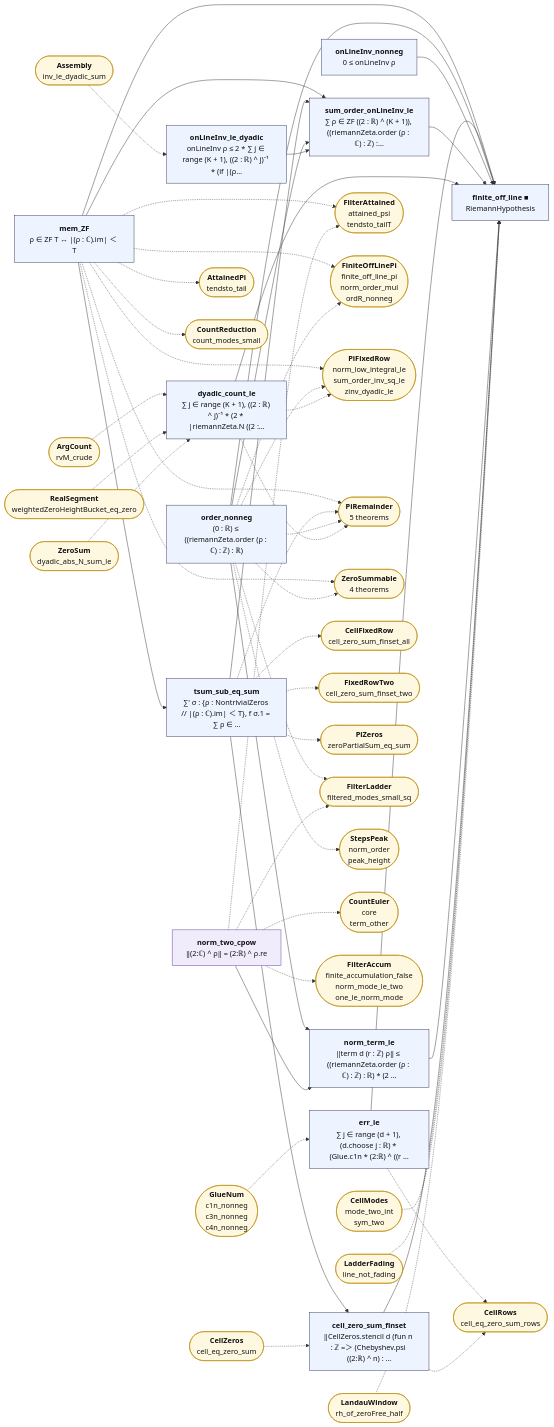
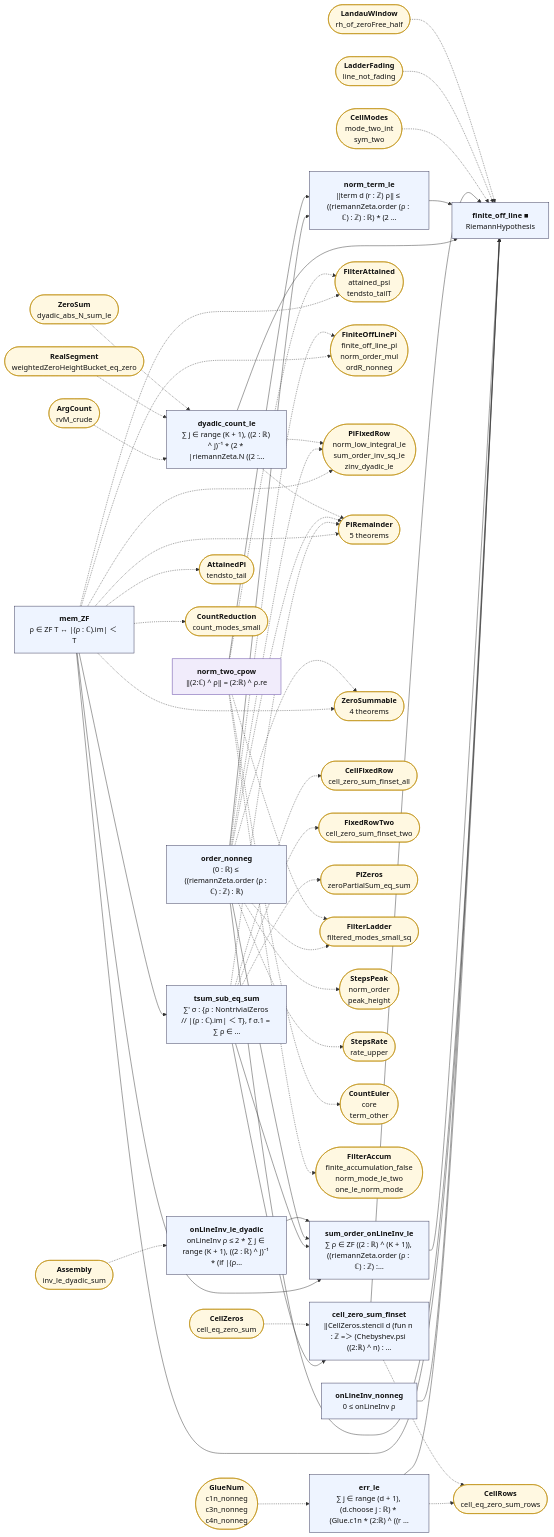
Before and after one commit to juliansambranojr/Primebeat_081426: the diagram in map/lean_stage3/FiniteOffLine.mmd, drawn with Mermaid. The commit also changed 28 other files, not shown here.

First line of the commit message:
Block R8: the size rate of the turned steps, from above (unit 0487)

```diff
--- a/map/lean_stage3/FiniteOffLine.mmd
+++ b/map/lean_stage3/FiniteOffLine.mmd
@@ -1,95 +1,97 @@
 flowchart LR
   n0["<b>mem_ZF</b><br/>ρ ∈ ZF T ↔ |(ρ : ℂ).im| ＜ T"]:::thm
   n1["<b>tsum_sub_eq_sum</b><br/>∑' σ : {ρ : NontrivialZeros // |(ρ : ℂ).im| ＜ T}, f σ.1 = ∑ ρ ∈ …"]:::thm
   n2["<b>order_nonneg</b><br/>(0 : ℝ) ≤ ((riemannZeta.order (ρ : ℂ) : ℤ) : ℝ)"]:::thm
   n3["<b>onLineInv_nonneg</b><br/>0 ≤ onLineInv ρ"]:::thm
   n4["<b>onLineInv_le_dyadic</b><br/>onLineInv ρ ≤ 2 * ∑ j ∈ range (K + 1), ((2 : ℝ) ^ j)⁻¹ * (if |(ρ…"]:::thm
   n5["<b>sum_order_onLineInv_le</b><br/>∑ ρ ∈ ZF ((2 : ℝ) ^ (K + 1)), ((riemannZeta.order (ρ : ℂ) : ℤ) :…"]:::thm
   n6["<b>dyadic_count_le</b><br/>∑ j ∈ range (K + 1), ((2 : ℝ) ^ j)⁻¹ * (2 * |riemannZeta.N ((2 :…"]:::thm
   n7["<b>norm_two_cpow</b><br/>‖(2:ℂ) ^ ρ‖ = (2:ℝ) ^ ρ.re"]:::shp
   n8["<b>norm_term_le</b><br/>‖term d (r : ℤ) ρ‖ ≤ ((riemannZeta.order (ρ : ℂ) : ℤ) : ℝ) * (2 …"]:::thm
   n9["<b>cell_zero_sum_finset</b><br/>‖CellZeros.stencil d (fun n : ℤ =＞ (Chebyshev.psi ((2:ℝ) ^ n) : …"]:::thm
   n10["<b>err_le</b><br/>∑ j ∈ range (d + 1), (d.choose j : ℝ) * (Glue.c1n * (2:ℝ) ^ ((r …"]:::thm
   n11["<b>finite_off_line ■</b><br/>RiemannHypothesis"]:::thm
   x0(["<b>AttainedPi</b><br/>tendsto_tail"]):::ext
   x1(["<b>CountReduction</b><br/>count_modes_small"]):::ext
   x2(["<b>FilterAttained</b><br/>attained_psi<br/>tendsto_tailT"]):::ext
   x3(["<b>FiniteOffLinePi</b><br/>finite_off_line_pi<br/>norm_order_mul<br/>ordR_nonneg"]):::ext
   x4(["<b>PiFixedRow</b><br/>norm_low_integral_le<br/>sum_order_inv_sq_le<br/>zinv_dyadic_le"]):::ext
   x5(["<b>PiRemainder</b><br/>5 theorems"]):::ext
   x6(["<b>ZeroSummable</b><br/>4 theorems"]):::ext
   x7(["<b>CellFixedRow</b><br/>cell_zero_sum_finset_all"]):::ext
   x8(["<b>FixedRowTwo</b><br/>cell_zero_sum_finset_two"]):::ext
   x9(["<b>PiZeros</b><br/>zeroPartialSum_eq_sum"]):::ext
   x10(["<b>FilterLadder</b><br/>filtered_modes_small_sq"]):::ext
   x11(["<b>StepsPeak</b><br/>norm_order<br/>peak_height"]):::ext
-  x12(["<b>Assembly</b><br/>inv_le_dyadic_sum"]):::ext
-  x13(["<b>ArgCount</b><br/>rvM_crude"]):::ext
-  x14(["<b>RealSegment</b><br/>weightedZeroHeightBucket_eq_zero"]):::ext
-  x15(["<b>ZeroSum</b><br/>dyadic_abs_N_sum_le"]):::ext
-  x16(["<b>CountEuler</b><br/>core<br/>term_other"]):::ext
-  x17(["<b>FilterAccum</b><br/>finite_accumulation_false<br/>norm_mode_le_two<br/>one_le_norm_mode"]):::ext
-  x18(["<b>CellZeros</b><br/>cell_eq_zero_sum"]):::ext
-  x19(["<b>CellRows</b><br/>cell_eq_zero_sum_rows"]):::ext
-  x20(["<b>GlueNum</b><br/>c1n_nonneg<br/>c3n_nonneg<br/>c4n_nonneg"]):::ext
-  x21(["<b>CellModes</b><br/>mode_two_int<br/>sym_two"]):::ext
-  x22(["<b>LadderFading</b><br/>line_not_fading"]):::ext
-  x23(["<b>LandauWindow</b><br/>rh_of_zeroFree_half"]):::ext
+  x12(["<b>StepsRate</b><br/>rate_upper"]):::ext
+  x13(["<b>Assembly</b><br/>inv_le_dyadic_sum"]):::ext
+  x14(["<b>ArgCount</b><br/>rvM_crude"]):::ext
+  x15(["<b>RealSegment</b><br/>weightedZeroHeightBucket_eq_zero"]):::ext
+  x16(["<b>ZeroSum</b><br/>dyadic_abs_N_sum_le"]):::ext
+  x17(["<b>CountEuler</b><br/>core<br/>term_other"]):::ext
+  x18(["<b>FilterAccum</b><br/>finite_accumulation_false<br/>norm_mode_le_two<br/>one_le_norm_mode"]):::ext
+  x19(["<b>CellZeros</b><br/>cell_eq_zero_sum"]):::ext
+  x20(["<b>CellRows</b><br/>cell_eq_zero_sum_rows"]):::ext
+  x21(["<b>GlueNum</b><br/>c1n_nonneg<br/>c3n_nonneg<br/>c4n_nonneg"]):::ext
+  x22(["<b>CellModes</b><br/>mode_two_int<br/>sym_two"]):::ext
+  x23(["<b>LadderFading</b><br/>line_not_fading"]):::ext
+  x24(["<b>LandauWindow</b><br/>rh_of_zeroFree_half"]):::ext
   n0 --> n1
   n0 --> n11
   n0 --> n5
   n1 --> n5
   n1 --> n9
   n10 --> n11
   n2 --> n11
   n2 --> n5
   n2 --> n8
   n3 --> n11
   n4 --> n5
   n5 --> n11
   n6 --> n11
   n7 --> n8
   n8 --> n11
   n9 --> n11
   n0 -.-> x0
   n0 -.-> x1
   n0 -.-> x2
   n0 -.-> x3
   n0 -.-> x4
   n0 -.-> x5
   n0 -.-> x6
   n1 -.-> x5
   n1 -.-> x7
   n1 -.-> x8
   n1 -.-> x9
-  n10 -.-> x19
+  n10 -.-> x20
   n2 -.-> x10
   n2 -.-> x11
+  n2 -.-> x12
   n2 -.-> x3
   n2 -.-> x4
   n2 -.-> x5
   n2 -.-> x6
   n6 -.-> x4
   n6 -.-> x5
   n7 -.-> x10
-  n7 -.-> x16
   n7 -.-> x17
+  n7 -.-> x18
   n7 -.-> x2
-  n9 -.-> x19
-  x12 -.-> n4
-  x13 -.-> n6
+  n9 -.-> x20
+  x13 -.-> n4
   x14 -.-> n6
   x15 -.-> n6
-  x18 -.-> n9
-  x20 -.-> n10
-  x21 -.-> n11
+  x16 -.-> n6
+  x19 -.-> n9
+  x21 -.-> n10
   x22 -.-> n11
   x23 -.-> n11
+  x24 -.-> n11
   classDef cnt fill:#dff5ec,stroke:#17694a,color:#111
   classDef shp fill:#f1ecfb,stroke:#5b3fa0,color:#111
   classDef rh fill:#ffe5e5,stroke:#c22,color:#111,stroke-width:2px
   classDef thm fill:#eef4ff,stroke:#335,color:#111
   classDef end_ fill:#e7f7e7,stroke:#2a7,color:#111,stroke-width:2px
   classDef lone fill:#fff,stroke:#999,color:#111,stroke-dasharray:4 3
   classDef bad fill:#ffe5e5,stroke:#c22,color:#111,stroke-width:2px
   classDef ext fill:#fff8e1,stroke:#b80,color:#111
```
